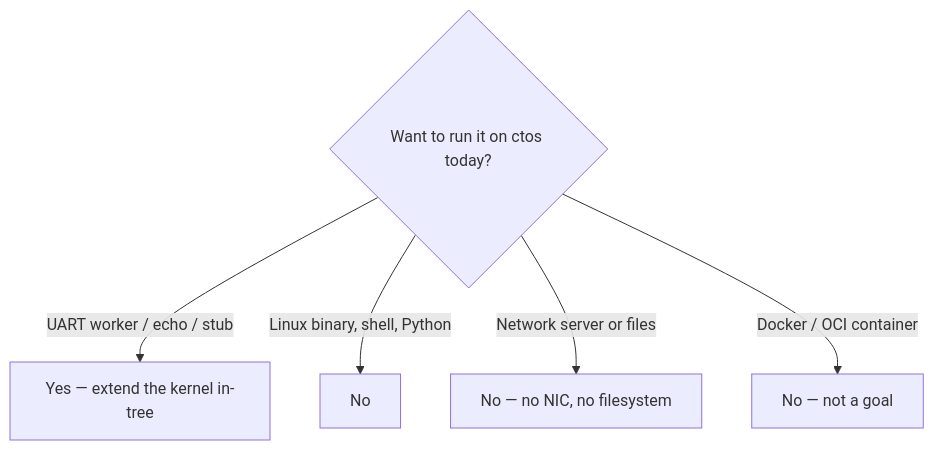
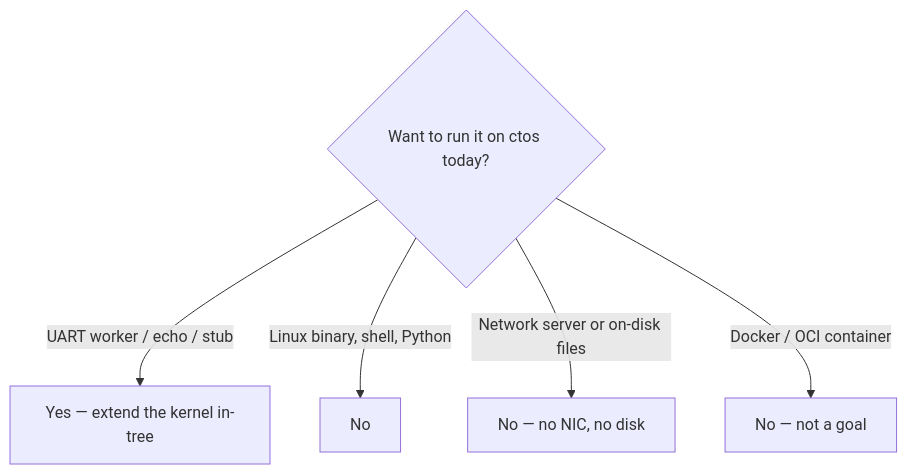
One commit to artofdream/ctos changed the second of 2 diagrams in docs/overview/what-can-run.md. Above: the diagram before and after it, drawn with Mermaid. The commit also changed other lines of this file and 30 other files, not shown here.

````diff
--- a/docs/overview/what-can-run.md
+++ b/docs/overview/what-can-run.md
@@ -44,8 +44,8 @@
 ```mermaid
 flowchart TD
   Q{"Want to run it on ctos today?"}
   Q -->|UART worker / echo / stub| Y["Yes — extend the kernel in-tree"]
   Q -->|Linux binary, shell, Python| N1["No"]
-  Q -->|Network server or files| N2["No — no NIC, no filesystem"]
+  Q -->|Network server or on-disk files| N2["No — no NIC, no disk"]
   Q -->|Docker / OCI container| N3["No — not a goal"]
 ```
````
